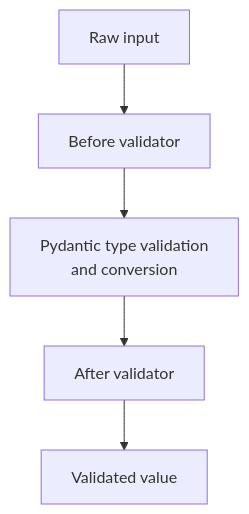
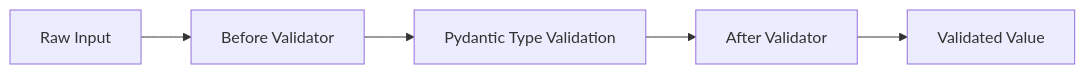
The second of 3 diagrams in src/content/fastapi/pydantic-models-validation.md (AvadhBhalodiya/Interview-Preparation), drawn with Mermaid before and after one commit. The commit also changed other lines of this file and 80 other files, not shown here.

````diff
--- a/src/content/fastapi/pydantic-models-validation.md
+++ b/src/content/fastapi/pydantic-models-validation.md
@@ -577,7 +321,7 @@
 ```mermaid
-flowchart TD
-    A[Raw input] --> B[Before validator]
-    B --> C[Pydantic type validation<br/>and conversion]
-    C --> D[After validator]
-    D --> E[Validated value]
+flowchart LR
+    A[Raw Input] --> B[Before Validator]
+    B --> C[Pydantic Type Validation]
+    C --> D[After Validator]
+    D --> E[Validated Value]
 ```
````
